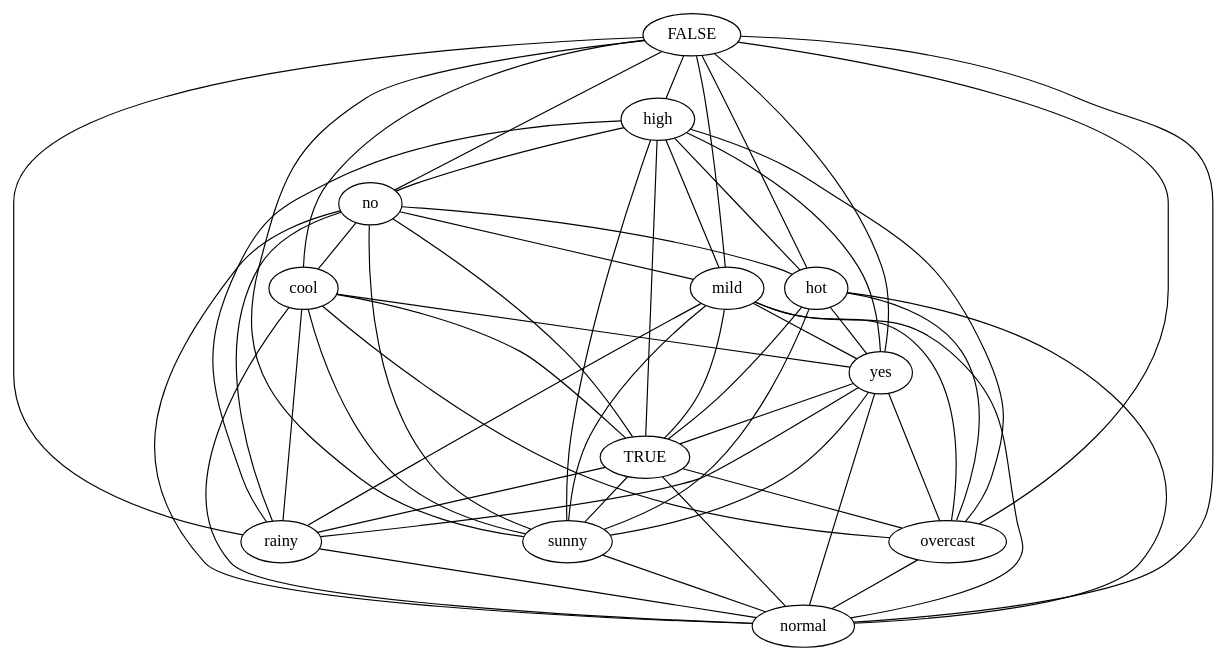
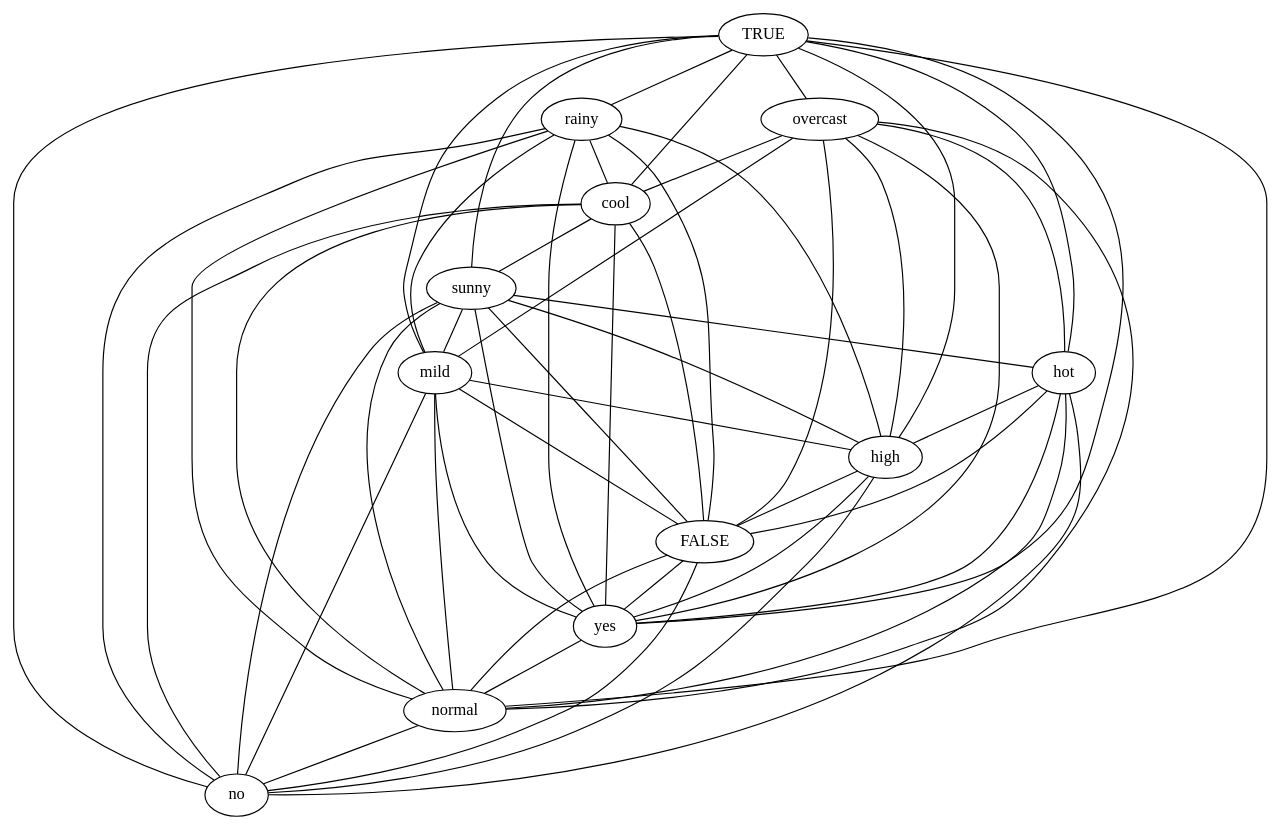
Before and after one commit to lrodrin/TFG: the diagram in src/final/plainGraph.dot, drawn with Graphviz. The commit also changed 9 other files, not shown here.

```diff
--- a/src/final/plainGraph.dot
+++ b/src/final/plainGraph.dot
@@ -1,68 +1,68 @@
 strict graph "" {
-FALSE;
-high;
-no;
-hot;
-mild;
-cool;
-yes;
 TRUE;
 overcast;
+rainy;
+cool;
 sunny;
-rainy;
+mild;
+hot;
+high;
+FALSE;
+yes;
 normal;
-FALSE -- cool  [color=black];
-FALSE -- high  [color=black];
+no;
+TRUE -- high  [color=black];
+TRUE -- overcast  [color=black];
+TRUE -- yes  [color=black];
+TRUE -- normal  [color=black];
+TRUE -- rainy  [color=black];
+TRUE -- cool  [color=black];
+TRUE -- sunny  [color=black];
+TRUE -- mild  [color=black];
+TRUE -- no  [color=black];
+TRUE -- hot  [color=black];
+overcast -- high  [color=black];
+overcast -- FALSE  [color=black];
+overcast -- yes  [color=black];
+overcast -- cool  [color=black];
+overcast -- normal  [color=black];
+overcast -- mild  [color=black];
+overcast -- hot  [color=black];
+rainy -- high  [color=black];
+rainy -- FALSE  [color=black];
+rainy -- yes  [color=black];
+rainy -- cool  [color=black];
+rainy -- normal  [color=black];
+rainy -- mild  [color=black];
+rainy -- no  [color=black];
+cool -- FALSE  [color=black];
+cool -- yes  [color=black];
+cool -- normal  [color=black];
+cool -- no  [color=black];
+cool -- sunny  [color=black];
+sunny -- high  [color=black];
+sunny -- FALSE  [color=black];
+sunny -- yes  [color=black];
+sunny -- normal  [color=black];
+sunny -- mild  [color=black];
+sunny -- no  [color=black];
+sunny -- hot  [color=black];
+mild -- high  [color=black];
+mild -- FALSE  [color=black];
+mild -- yes  [color=black];
+mild -- normal  [color=black];
+mild -- no  [color=black];
+hot -- high  [color=black];
+hot -- FALSE  [color=black];
+hot -- yes  [color=black];
+hot -- normal  [color=black];
+hot -- no  [color=black];
+high -- FALSE  [color=black];
+high -- yes  [color=black];
+high -- no  [color=black];
 FALSE -- yes  [color=black];
-FALSE -- overcast  [color=black];
+FALSE -- normal  [color=black];
 FALSE -- no  [color=black];
-FALSE -- sunny  [color=black];
-FALSE -- rainy  [color=black];
-FALSE -- normal  [color=black];
-FALSE -- hot  [color=black];
-FALSE -- mild  [color=black];
-high -- yes  [color=black];
-high -- overcast  [color=black];
-high -- no  [color=black];
-high -- mild  [color=black];
-high -- sunny  [color=black];
-high -- rainy  [color=black];
-high -- hot  [color=black];
-high -- TRUE  [color=black];
-no -- cool  [color=black];
-no -- mild  [color=black];
-no -- rainy  [color=black];
-no -- sunny  [color=black];
-no -- normal  [color=black];
-no -- hot  [color=black];
-no -- TRUE  [color=black];
-hot -- yes  [color=black];
-hot -- overcast  [color=black];
-hot -- sunny  [color=black];
-hot -- normal  [color=black];
-hot -- TRUE  [color=black];
-mild -- yes  [color=black];
-mild -- overcast  [color=black];
-mild -- sunny  [color=black];
-mild -- rainy  [color=black];
-mild -- normal  [color=black];
-mild -- TRUE  [color=black];
-cool -- sunny  [color=black];
-cool -- yes  [color=black];
-cool -- overcast  [color=black];
-cool -- rainy  [color=black];
-cool -- normal  [color=black];
-cool -- TRUE  [color=black];
-yes -- sunny  [color=black];
-yes -- overcast  [color=black];
-yes -- rainy  [color=black];
 yes -- normal  [color=black];
-yes -- TRUE  [color=black];
-TRUE -- rainy  [color=black];
-TRUE -- overcast  [color=black];
-TRUE -- sunny  [color=black];
-TRUE -- normal  [color=black];
-overcast -- normal  [color=black];
-sunny -- normal  [color=black];
-rainy -- normal  [color=black];
+normal -- no  [color=black];
 }
```
